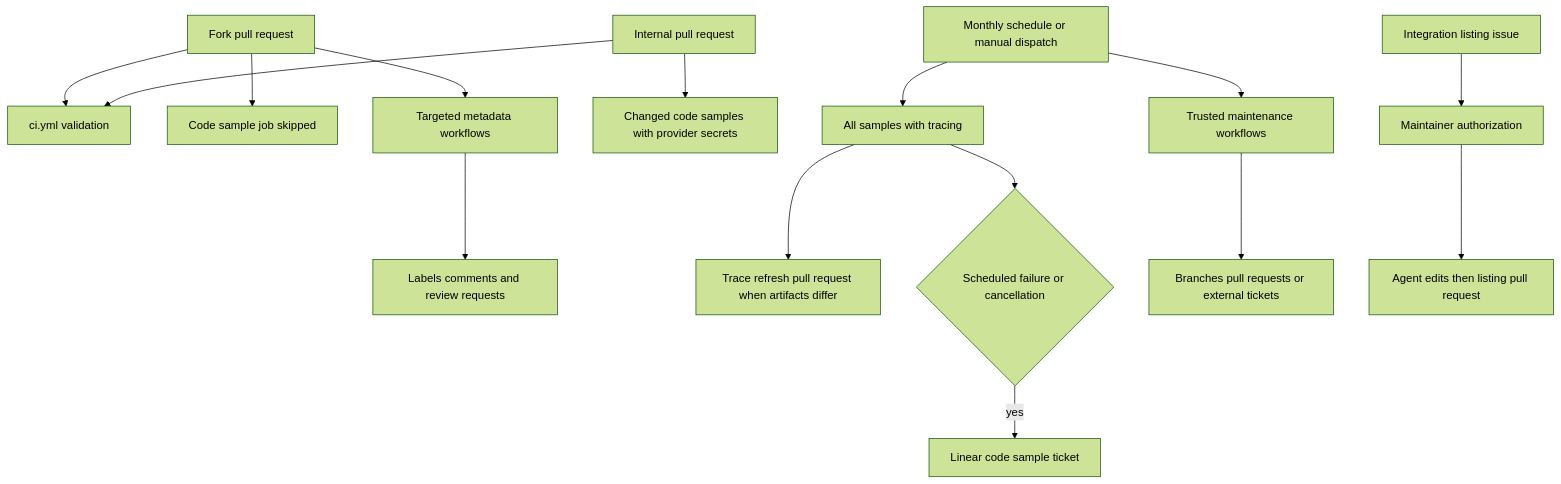
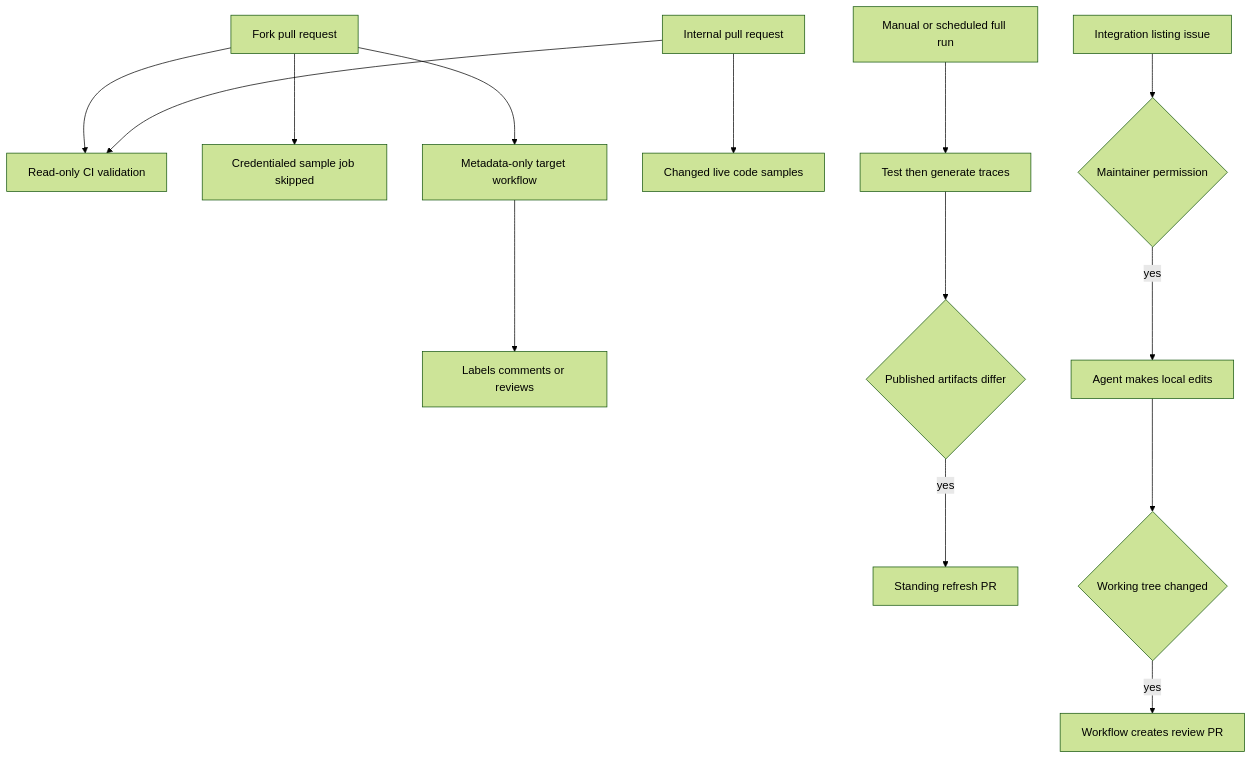
One commit to langchain-ai/docs changed the first of 2 diagrams in openwiki/integrations/github-actions.md. Above: the diagram before and after it, drawn with Mermaid (forest theme). The commit also changed other lines of this file and 21 other files, not shown here.

````diff
--- a/openwiki/integrations/github-actions.md
+++ b/openwiki/integrations/github-actions.md
@@ -65,17 +65,16 @@
 ```mermaid
 flowchart TD
-  ForkPR["Fork pull request"] --> CI["ci.yml validation"]
-  ForkPR --> SampleSkip["Code sample job skipped"]
-  ForkPR --> Metadata["Targeted metadata workflows"]
-  Metadata --> GitHubState["Labels comments and review requests"]
+  ForkPR["Fork pull request"] --> CI["Read-only CI validation"]
+  ForkPR --> SampleSkip["Credentialed sample job skipped"]
+  ForkPR --> Target["Metadata-only target workflow"]
+  Target --> PRState["Labels comments or reviews"]
   InternalPR["Internal pull request"] --> CI
-  InternalPR --> Samples["Changed code samples with provider secrets"]
-  Schedule["Monthly schedule or manual dispatch"] --> FullSamples["All samples with tracing"]
-  FullSamples --> TracePR["Trace refresh pull request when artifacts differ"]
-  FullSamples --> SampleOutcome{"Scheduled failure or cancellation"}
-  SampleOutcome -->|"yes"| SampleLinear["Linear code sample ticket"]
-  Schedule --> Maint["Trusted maintenance workflows"]
-  Maint --> WriteState["Branches pull requests or external tickets"]
-  Issue["Integration listing issue"] --> Gate["Maintainer authorization"]
-  Gate --> Listing["Agent edits then listing pull request"]
+  InternalPR --> ChangedSamples["Changed live code samples"]
+  FullRun["Manual or scheduled full run"] --> Traces["Test then generate traces"]
+  Traces --> Diff{"Published artifacts differ"}
+  Diff -->|"yes"| RefreshPR["Standing refresh PR"]
+  ListingIssue["Integration listing issue"] --> Authorize{"Maintainer permission"}
+  Authorize -->|"yes"| Agent["Agent makes local edits"]
+  Agent --> AgentDiff{"Working tree changed"}
+  AgentDiff -->|"yes"| ListingPR["Workflow creates review PR"]
 ```
````
